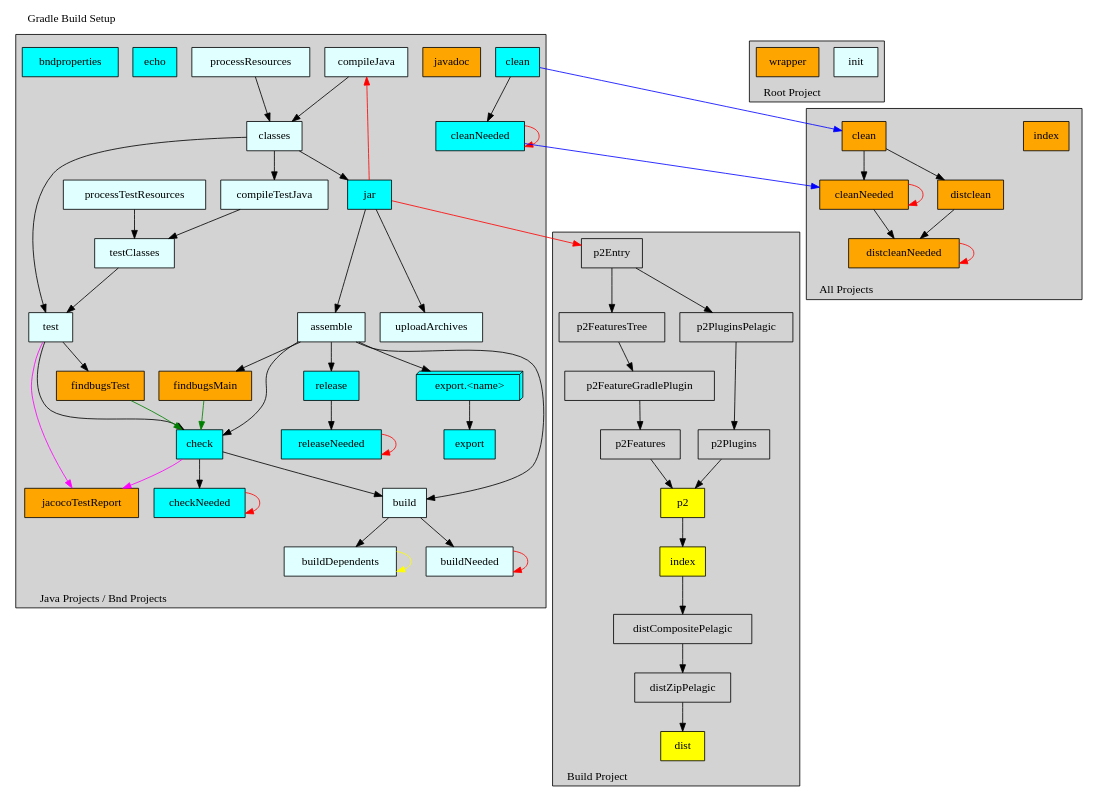
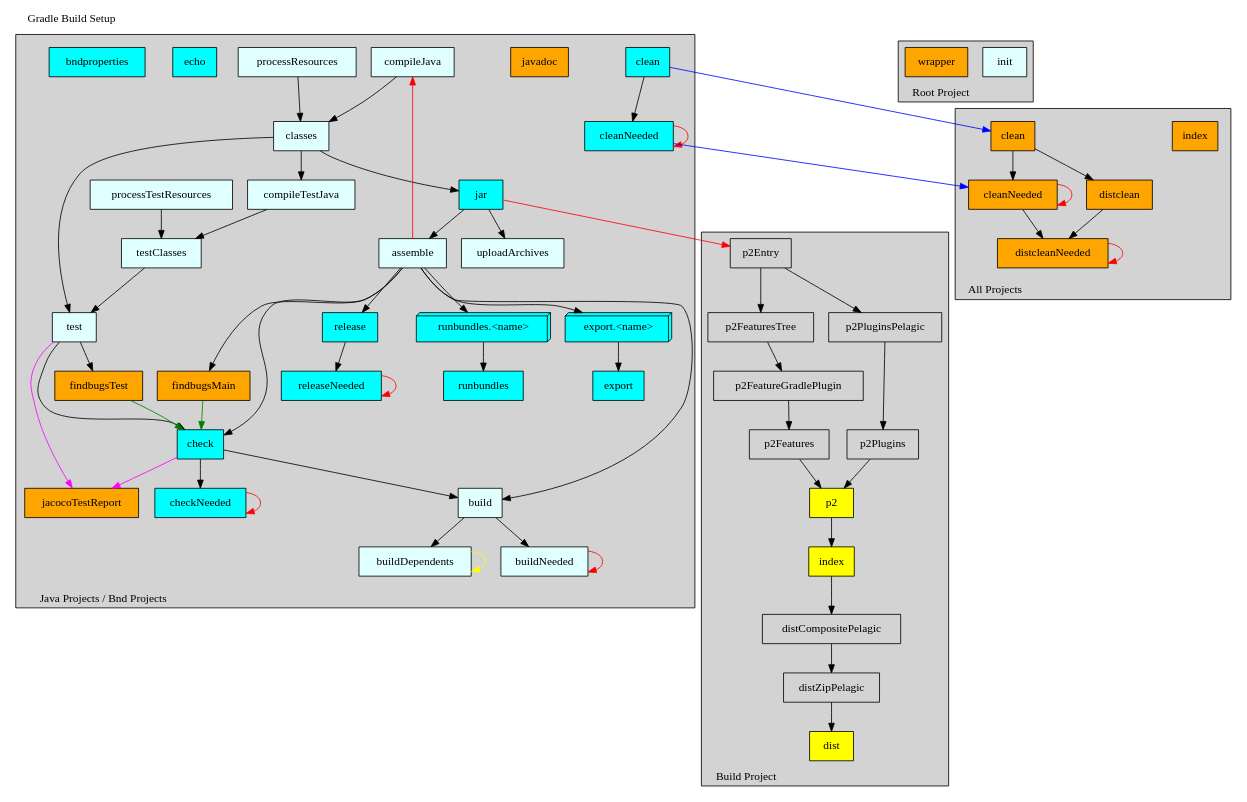
One commit to paulvi/bndtoolsPlugins changed the diagram in cnf/gradle/doc/pelagic.dot. Above: the diagram before and after it, drawn with Graphviz. The commit also changed 8 other files, not shown here.

```diff
--- a/cnf/gradle/doc/pelagic.dot
+++ b/cnf/gradle/doc/pelagic.dot
@@ -81,6 +81,8 @@
       style=invis;
       exportX              [shape=box3d, style=filled, fillcolor=cyan   , label="export.<name>"       ]
       export               [shape=box  , style=filled, fillcolor=cyan   , label="export"              ]
+      runbundlesX          [shape=box3d, style=filled, fillcolor=cyan   , label="runbundles.<name>"   ]
+      runbundles           [shape=box  , style=filled, fillcolor=cyan   , label="runbundles"          ]
     }
 
     subgraph cluster109 {
@@ -127,10 +129,12 @@
     build                  -> buildNeeded
     buildNeeded            -> buildNeeded        [color=red   ]
 
-    jar                    -> compileJava        [color=red   ]
+    assemble               -> compileJava        [color=red   ]
     assemble               -> release
     assemble               -> exportX
     exportX                -> export
+    assemble               -> runbundlesX
+    runbundlesX            -> runbundles
     release                -> releaseNeeded
     releaseNeeded          -> releaseNeeded      [color=red   ]
     clean                  -> cleanNeeded
```
